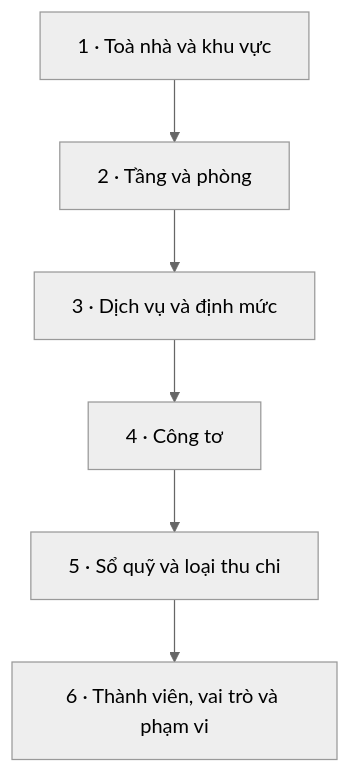
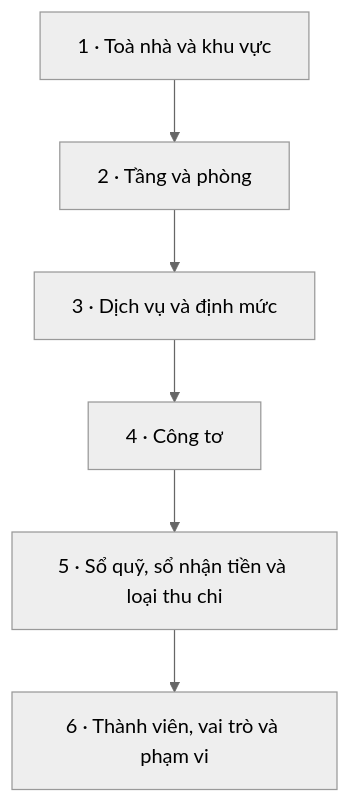
One commit to zxGreenxz/whiteboard-ihomecrm changed the diagram in docs/huong-dan-su-dung/01-bat-dau/khoi-tao-du-lieu/index.md. Above: the diagram before and after it, drawn with Mermaid (neutral theme). The commit also changed other lines of this file and 347 other files, not shown here.

````diff
--- a/docs/huong-dan-su-dung/01-bat-dau/khoi-tao-du-lieu/index.md
+++ b/docs/huong-dan-su-dung/01-bat-dau/khoi-tao-du-lieu/index.md
@@ -26,8 +28,8 @@
 ```mermaid
 flowchart TD
   B1[1 · Toà nhà và khu vực] --> B2[2 · Tầng và phòng]
   B2 --> B3[3 · Dịch vụ và định mức]
   B3 --> B4[4 · Công tơ]
-  B4 --> B5[5 · Sổ quỹ và loại thu chi]
+  B4 --> B5[5 · Sổ quỹ, sổ nhận tiền và loại thu chi]
   B5 --> B6[6 · Thành viên, vai trò và phạm vi]
 ```
````
